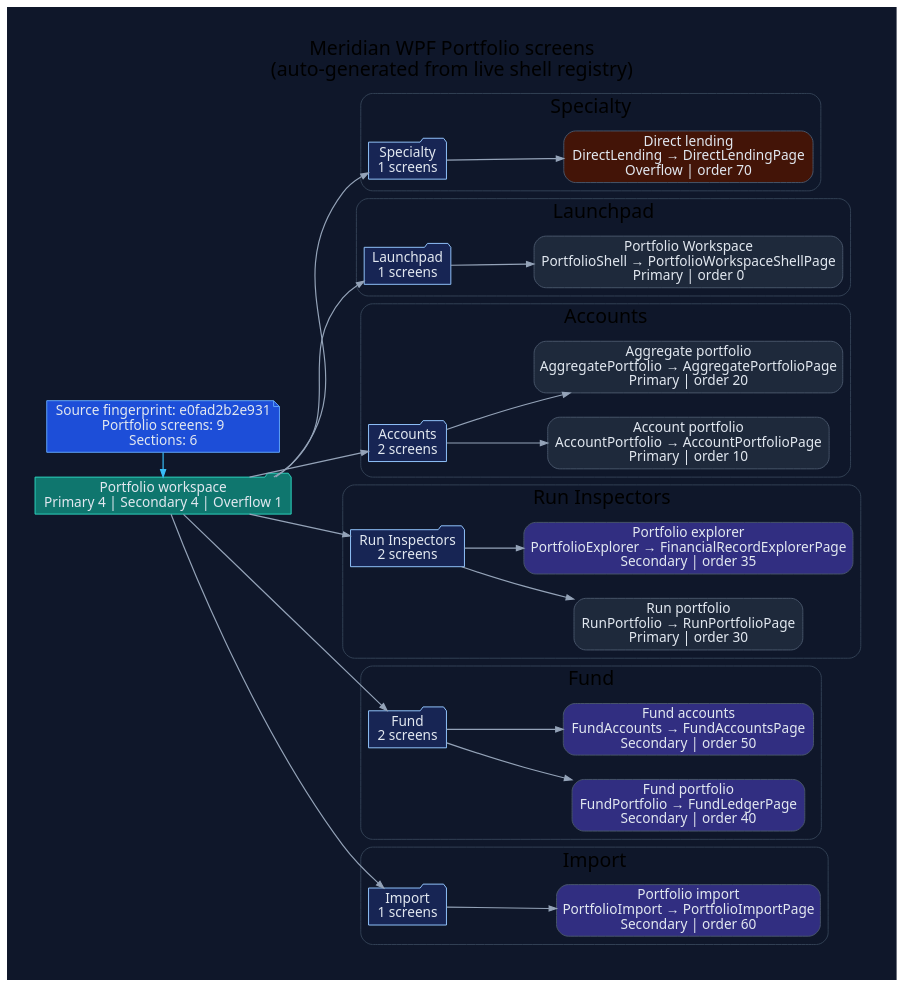
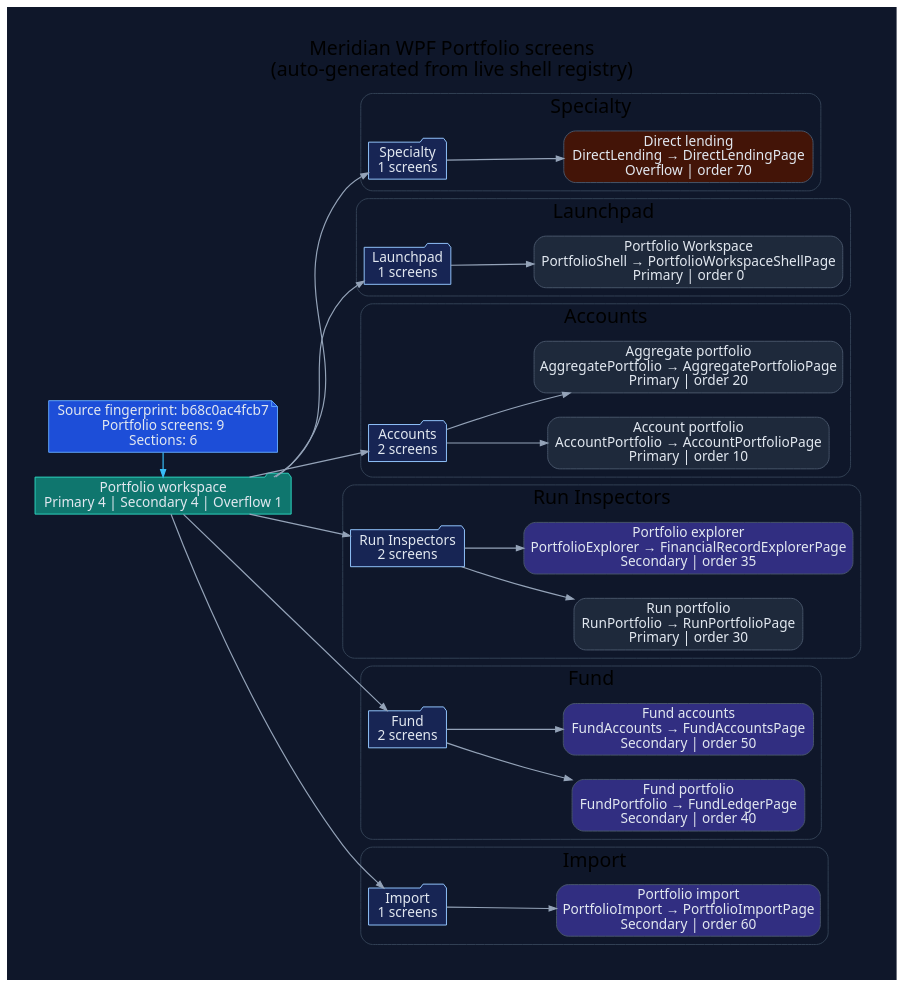
One commit to rodoHasArrived/Meridian-main changed the diagram in docs/diagrams/ui-wpf-screens-portfolio.dot. Above: the diagram before and after it, drawn with Graphviz. The commit also changed 26 other files, not shown here.

First line of the commit message:
docs(generated): regenerate UI diagrams and refresh reviewed hashes after merging main

```diff
--- a/docs/diagrams/ui-wpf-screens-portfolio.dot
+++ b/docs/diagrams/ui-wpf-screens-portfolio.dot
@@ -1,92 +1,92 @@
 // -----------------------------------------------------------------------------
 // <auto-generated>
 // Generated by scripts/generate-diagrams.mjs.
 // Do not edit this file directly; update the WPF source files instead.
 // -----------------------------------------------------------------------------
 digraph WpfPortfolioScreens {
   graph [
     rankdir=LR,
     labelloc=t,
     label="Meridian WPF Portfolio screens\n(auto-generated from live shell registry)",
     fontname="Segoe UI",
     fontsize=20,
     pad=0.4,
     nodesep=0.35,
     ranksep=0.85,
     bgcolor="#0f172a"
   ];
   node [fontname="Segoe UI", shape=box, style="rounded,filled", color="#475569", fontcolor="#e2e8f0", fillcolor="#1e293b"];
   edge [fontname="Segoe UI", color="#94a3b8", penwidth=1.2, arrowsize=0.75];
 
-  generated [shape=note, fillcolor="#1d4ed8", color="#60a5fa", label="Source fingerprint: e0fad2b2e931\nPortfolio screens: 9\nSections: 6"];
+  generated [shape=note, fillcolor="#1d4ed8", color="#60a5fa", label="Source fingerprint: b68c0ac4fcb7\nPortfolio screens: 9\nSections: 6"];
   workspace [shape=folder, fillcolor="#0f766e", color="#2dd4bf", label="Portfolio workspace\nPrimary 4 | Secondary 4 | Overflow 1"];
   generated -> workspace [color="#38bdf8"];
 
   subgraph cluster_section_1 {
     label="Specialty";
     color="#334155";
     style="rounded";
     section_1 [shape=folder, fillcolor="#172554", color="#93c5fd", label="Specialty\n1 screens"];
     workspace -> section_1;
     screen_DirectLending [fillcolor="#431407", label="Direct lending\nDirectLending → DirectLendingPage\nOverflow | order 70"];
     section_1 -> screen_DirectLending;
   }
 
   subgraph cluster_section_2 {
     label="Launchpad";
     color="#334155";
     style="rounded";
     section_2 [shape=folder, fillcolor="#172554", color="#93c5fd", label="Launchpad\n1 screens"];
     workspace -> section_2;
     screen_PortfolioShell [fillcolor="#1e293b", label="Portfolio Workspace\nPortfolioShell → PortfolioWorkspaceShellPage\nPrimary | order 0"];
     section_2 -> screen_PortfolioShell;
   }
 
   subgraph cluster_section_3 {
     label="Accounts";
     color="#334155";
     style="rounded";
     section_3 [shape=folder, fillcolor="#172554", color="#93c5fd", label="Accounts\n2 screens"];
     workspace -> section_3;
     screen_AccountPortfolio [fillcolor="#1e293b", label="Account portfolio\nAccountPortfolio → AccountPortfolioPage\nPrimary | order 10"];
     section_3 -> screen_AccountPortfolio;
     screen_AggregatePortfolio [fillcolor="#1e293b", label="Aggregate portfolio\nAggregatePortfolio → AggregatePortfolioPage\nPrimary | order 20"];
     section_3 -> screen_AggregatePortfolio;
   }
 
   subgraph cluster_section_4 {
     label="Run Inspectors";
     color="#334155";
     style="rounded";
     section_4 [shape=folder, fillcolor="#172554", color="#93c5fd", label="Run Inspectors\n2 screens"];
     workspace -> section_4;
     screen_RunPortfolio [fillcolor="#1e293b", label="Run portfolio\nRunPortfolio → RunPortfolioPage\nPrimary | order 30"];
     section_4 -> screen_RunPortfolio;
     screen_PortfolioExplorer [fillcolor="#312e81", label="Portfolio explorer\nPortfolioExplorer → FinancialRecordExplorerPage\nSecondary | order 35"];
     section_4 -> screen_PortfolioExplorer;
   }
 
   subgraph cluster_section_5 {
     label="Fund";
     color="#334155";
     style="rounded";
     section_5 [shape=folder, fillcolor="#172554", color="#93c5fd", label="Fund\n2 screens"];
     workspace -> section_5;
     screen_FundPortfolio [fillcolor="#312e81", label="Fund portfolio\nFundPortfolio → FundLedgerPage\nSecondary | order 40"];
     section_5 -> screen_FundPortfolio;
     screen_FundAccounts [fillcolor="#312e81", label="Fund accounts\nFundAccounts → FundAccountsPage\nSecondary | order 50"];
     section_5 -> screen_FundAccounts;
   }
 
   subgraph cluster_section_6 {
     label="Import";
     color="#334155";
     style="rounded";
     section_6 [shape=folder, fillcolor="#172554", color="#93c5fd", label="Import\n1 screens"];
     workspace -> section_6;
     screen_PortfolioImport [fillcolor="#312e81", label="Portfolio import\nPortfolioImport → PortfolioImportPage\nSecondary | order 60"];
     section_6 -> screen_PortfolioImport;
   }
 
   { rank=min; generated; workspace; }
 }
```
